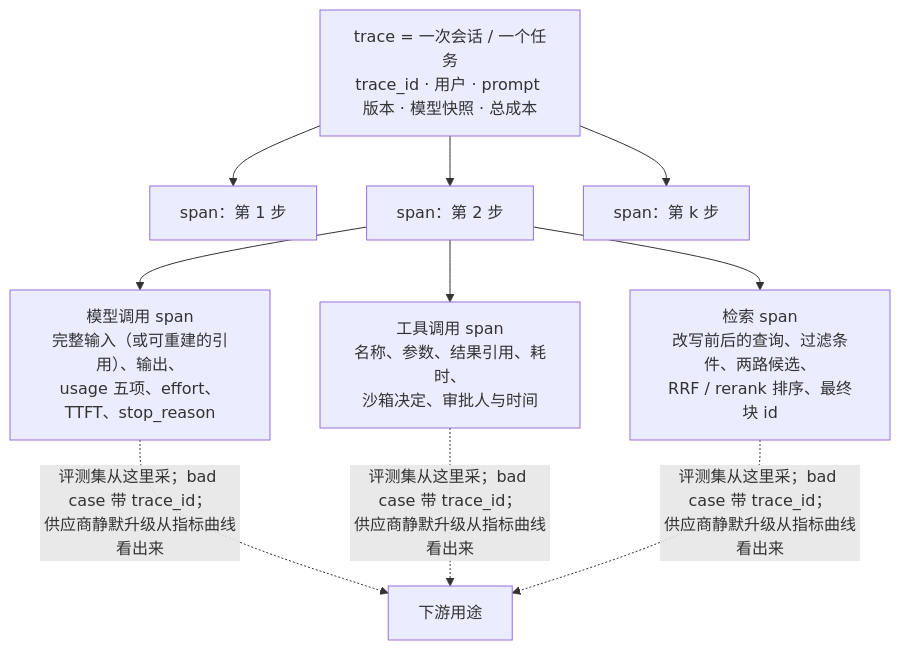
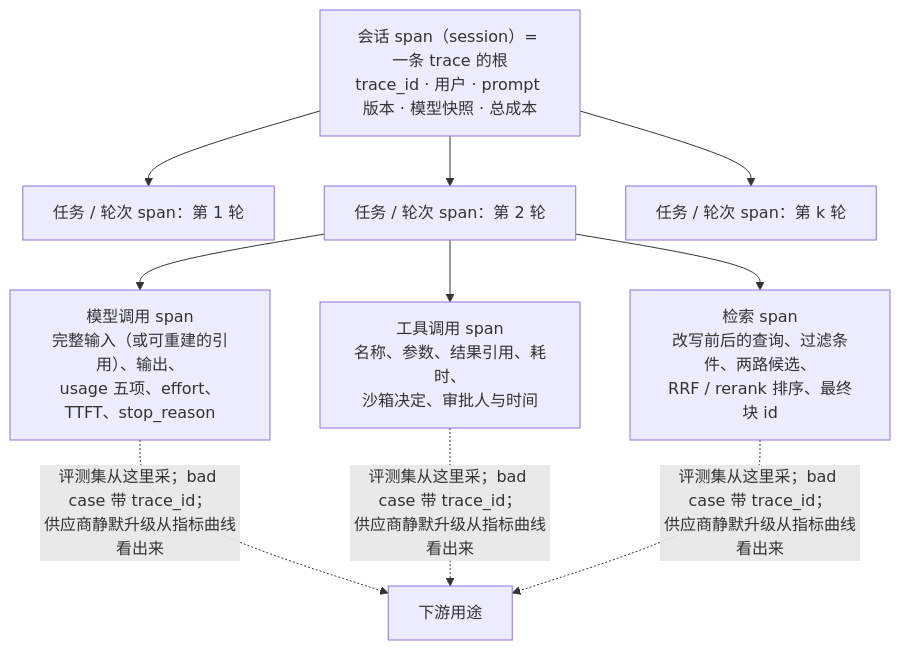
Before and after one commit to arganzheng/arganzheng.github.com: the first of 5 diagrams in _posts/2026-11-04-tracing-spans-opentelemetry-genai-conventions-and-tooling.md, drawn with Mermaid.

Commit message:
评测与可观测 05：总览 Mermaid 层级名按正文统一为 会话 / 任务（轮次）/ span

````diff
--- a/_posts/2026-11-04-tracing-spans-opentelemetry-genai-conventions-and-tooling.md
+++ b/_posts/2026-11-04-tracing-spans-opentelemetry-genai-conventions-and-tooling.md
@@ -22,12 +22,12 @@
 ```mermaid
 %%{init: {"flowchart": {"wrappingWidth": 200}}}%%
-%% 图：trace 的三级树：会话 → 步 → 模型调用 / 工具调用 / 检索 span
+%% 图：trace 的三级树：会话 → 任务 / 轮次 → 模型调用 / 工具调用 / 检索 span
 flowchart TB
-    T["trace = 一次会话 / 一个任务<br/>trace_id · 用户 · prompt 版本 · 模型快照 · 总成本"]
-    T --> S1["span：第 1 步"] & S2["span：第 2 步"] & S3["span：第 k 步"]
+    T["会话 span（session）= 一条 trace 的根<br/>trace_id · 用户 · prompt 版本 · 模型快照 · 总成本"]
+    T --> S1["任务 / 轮次 span：第 1 轮"] & S2["任务 / 轮次 span：第 2 轮"] & S3["任务 / 轮次 span：第 k 轮"]
     S2 --> M["模型调用 span<br/>完整输入（或可重建的引用）、输出、<br/>usage 五项、effort、TTFT、stop_reason"]
     S2 --> TO["工具调用 span<br/>名称、参数、结果引用、耗时、<br/>沙箱决定、审批人与时间"]
     S2 --> RT["检索 span<br/>改写前后的查询、过滤条件、两路候选、<br/>RRF / rerank 排序、最终块 id"]
     M & TO & RT -. "评测集从这里采；bad case 带 trace_id；<br/>供应商静默升级从指标曲线看出来" .-> U["下游用途"]
 
 ```
````
